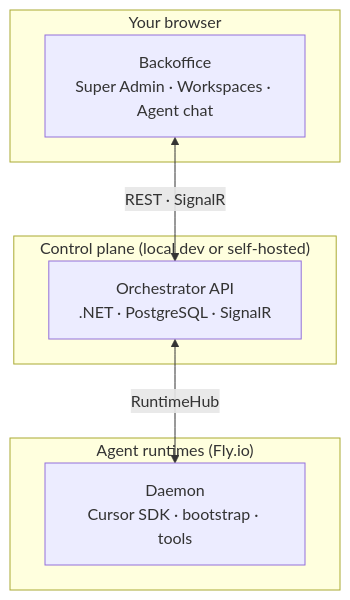
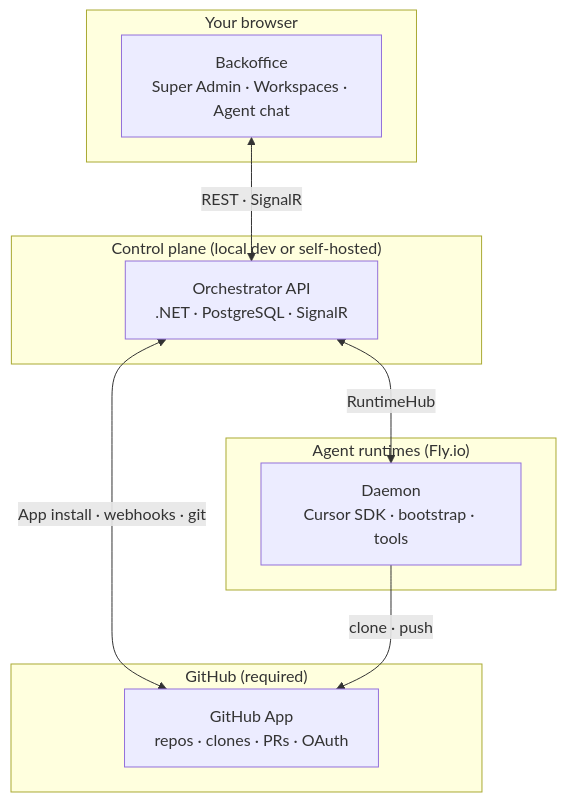
Before and after one commit to dotnetmentor/glenn-code-factory: the diagram in README.md, drawn with Mermaid. The commit also changed other lines of this file and 158 other files, not shown here.

````diff
--- a/README.md
+++ b/README.md
@@ -28,17 +28,23 @@
 ```mermaid
 flowchart TB
   subgraph browser["Your browser"]
     BO["Backoffice<br/>Super Admin · Workspaces · Agent chat"]
   end
 
   subgraph control["Control plane (local dev or self-hosted)"]
     API["Orchestrator API<br/>.NET · PostgreSQL · SignalR"]
   end
 
+  subgraph github["GitHub (required)"]
+    GH["GitHub App<br/>repos · clones · PRs · OAuth"]
+  end
+
   subgraph runtimes["Agent runtimes (Fly.io)"]
     DA["Daemon<br/>Cursor SDK · bootstrap · tools"]
   end
 
   BO <-->|REST · SignalR| API
   API <-->|RuntimeHub| DA
+  API <-->|App install · webhooks · git| GH
+  DA -->|clone · push| GH
 ```
````
